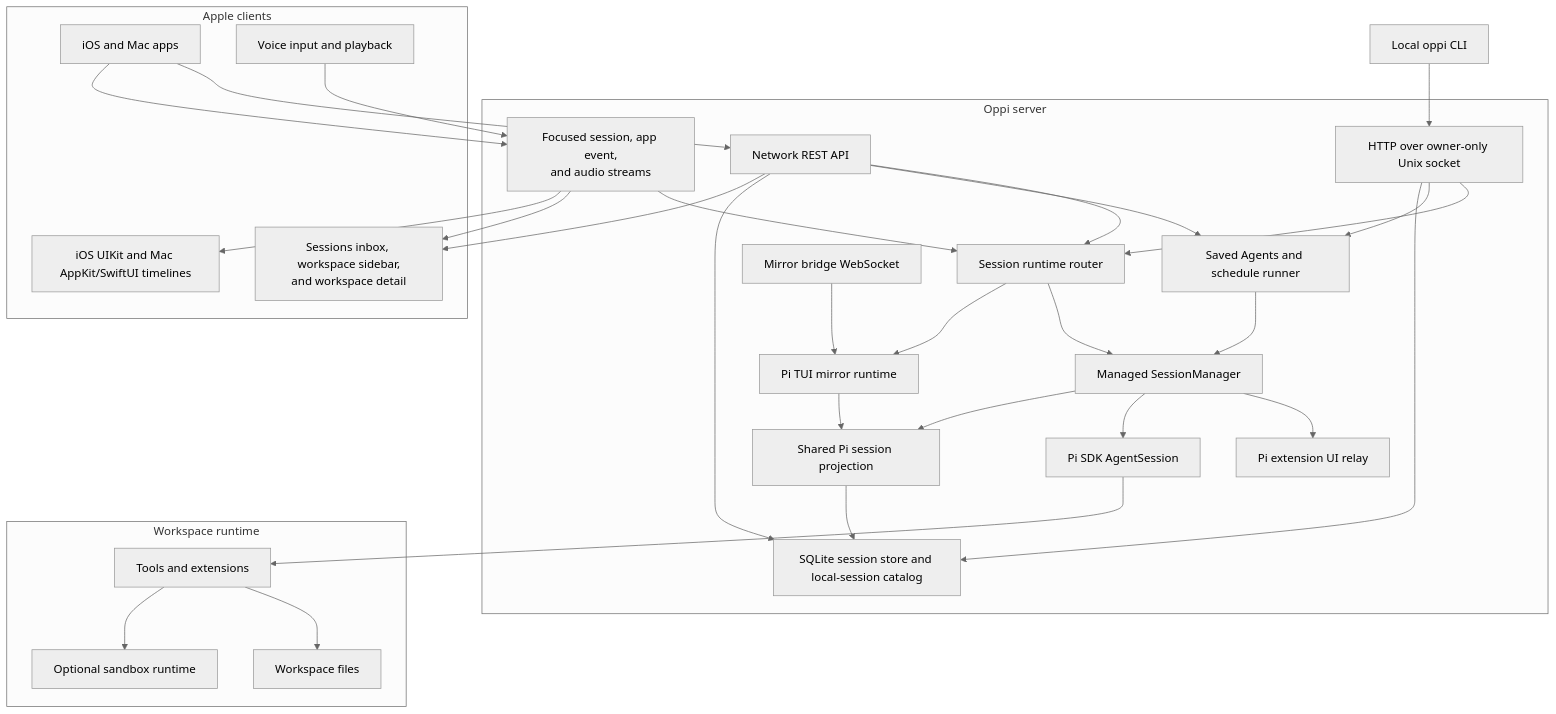
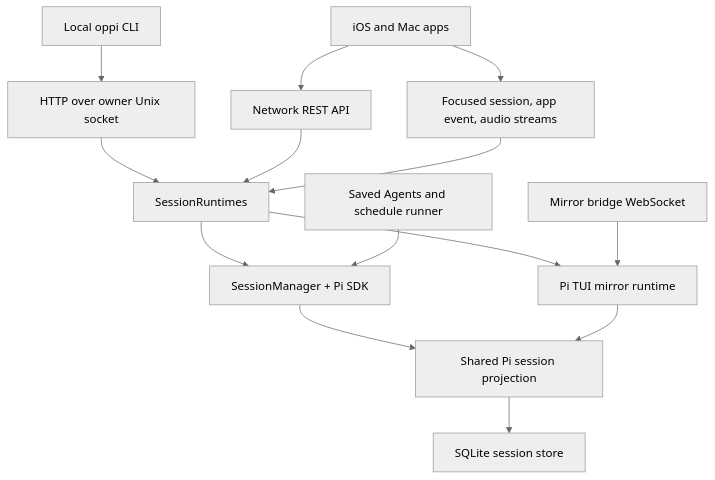
One commit to duh17/oppi changed the diagram in dev/architecture.md. Above: the diagram before and after it, drawn with Mermaid (neutral theme). The commit also changed other lines of this file and 2 other files, not shown here.

First line of the commit message:
docs: cut architecture map, networking, and telemetry docs to rules

````diff
--- a/dev/architecture.md
+++ b/dev/architecture.md
@@ -21,59 +13,16 @@
 ```mermaid
 graph TD
-  subgraph Apple[Apple clients]
-    App[iOS and Mac apps]
-    WorkspaceUI[Sessions inbox, workspace sidebar,<br/>and workspace detail]
-    Timeline[iOS UIKit and Mac AppKit/SwiftUI timelines]
-    Voice[Voice input and playback]
-  end
-
-  CLI[Local oppi CLI]
-
-  subgraph Server[Oppi server]
-    LocalHTTP[HTTP over owner-only Unix socket]
-    HTTP[Network REST API]
-    Streams[Focused session, app event,<br/>and audio streams]
-    Router[Session runtime router]
-    Sessions[Managed SessionManager]
-    Mirror[Pi TUI mirror runtime]
-    Bridge[Mirror bridge WebSocket]
-    ExtensionUI[Pi extension UI relay]
-    Automations[Saved Agents and schedule runner]
-    Storage[SQLite session store and local-session catalog]
-    Project[Shared Pi session projection]
-    Pi[Pi SDK AgentSession]
-  end
-
-  subgraph Workspace[Workspace runtime]
-    Files[Workspace files]
-    Tools[Tools and extensions]
-    Sandbox[Optional sandbox runtime]
-  end
-
-  CLI --> LocalHTTP
-  LocalHTTP --> Router
-  LocalHTTP --> Automations
-  LocalHTTP --> Storage
-  App --> HTTP
-  App --> Streams
+  App[iOS and Mac apps] --> HTTP[Network REST API]
+  App --> Streams[Focused session, app event, audio streams]
+  CLI[Local oppi CLI] --> LocalHTTP[HTTP over owner Unix socket]
+  LocalHTTP --> Router[SessionRuntimes]
   HTTP --> Router
-  HTTP --> Automations
-  HTTP --> Storage
   Streams --> Router
-  Router --> Sessions
-  Router --> Mirror
-  Bridge --> Mirror
-  Automations --> Sessions
-  Sessions --> ExtensionUI
-  Sessions --> Pi
-  Sessions --> Project
-  Mirror --> Project
-  Pi --> Tools
-  Tools --> Files
-  Project --> Storage
-  Tools --> Sandbox
-  HTTP --> WorkspaceUI
-  Streams --> WorkspaceUI
-  Streams --> Timeline
-  Voice --> Streams
+  Router --> Managed[SessionManager + Pi SDK]
+  Router --> Mirror[Pi TUI mirror runtime]
+  Bridge[Mirror bridge WebSocket] --> Mirror
+  Automations[Saved Agents and schedule runner] --> Managed
+  Managed --> Projection[Shared Pi session projection]
+  Mirror --> Projection
+  Projection --> Storage[SQLite session store]
 ```
````
